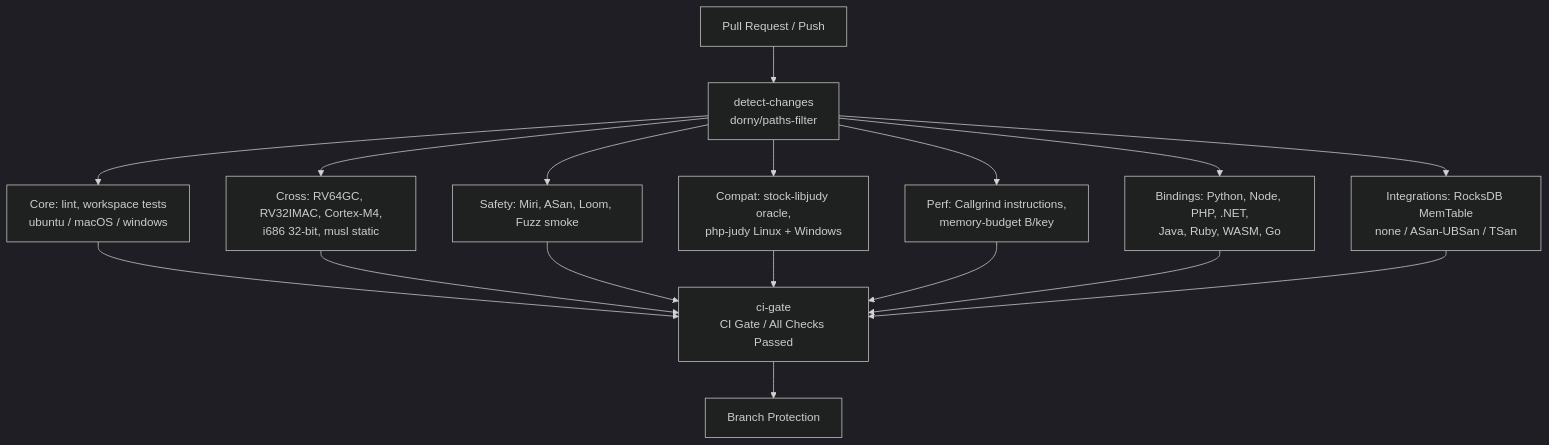
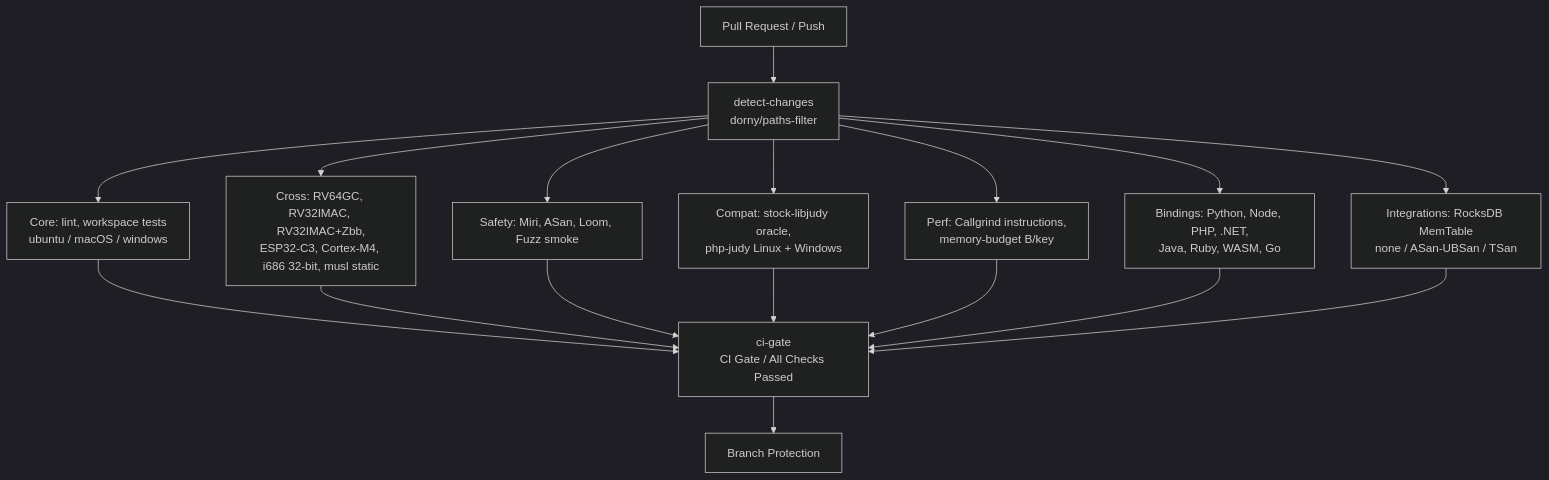
One commit to orieg/expanse changed the diagram in docs/CI.md. Above: the diagram before and after it, drawn with Mermaid (dark theme). The commit also changed other lines of this file and 2 other files, not shown here.

````diff
--- a/docs/CI.md
+++ b/docs/CI.md
@@ -19,20 +19,20 @@
 ```mermaid
 graph TD
     PR[Pull Request / Push] --> DC[detect-changes<br/>dorny/paths-filter]
     DC --> CORE[Core: lint, workspace tests<br/>ubuntu / macOS / windows]
-    DC --> CROSS[Cross: RV64GC, RV32IMAC, Cortex-M4,<br/>i686 32-bit, musl static]
+    DC --> CROSS[Cross: RV64GC, RV32IMAC, RV32IMAC+Zbb,<br/>ESP32-C3, Cortex-M4, i686 32-bit, musl static]
     DC --> SAFE[Safety: Miri, ASan, Loom, Fuzz smoke]
     DC --> COMPAT[Compat: stock-libjudy oracle,<br/>php-judy Linux + Windows]
     DC --> PERF[Perf: Callgrind instructions,<br/>memory-budget B/key]
     DC --> BIND[Bindings: Python, Node, PHP, .NET,<br/>Java, Ruby, WASM, Go]
     DC --> INTEG[Integrations: RocksDB MemTable<br/>none / ASan-UBSan / TSan]
 
     CORE --> GATE[ci-gate<br/>CI Gate / All Checks Passed]
     CROSS --> GATE
     SAFE --> GATE
     COMPAT --> GATE
     PERF --> GATE
     BIND --> GATE
     INTEG --> GATE
     GATE --> BP[Branch Protection]
 ```
````
